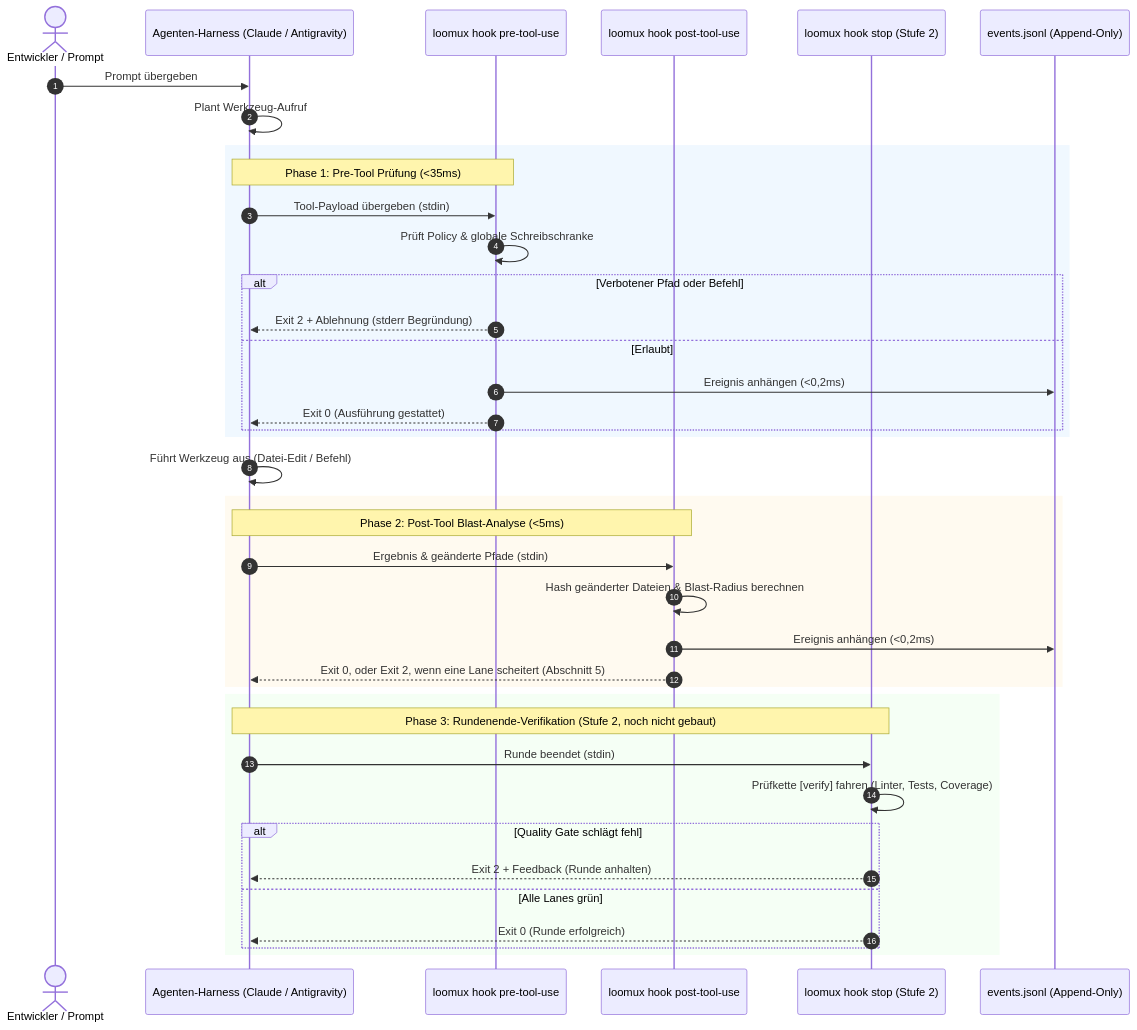
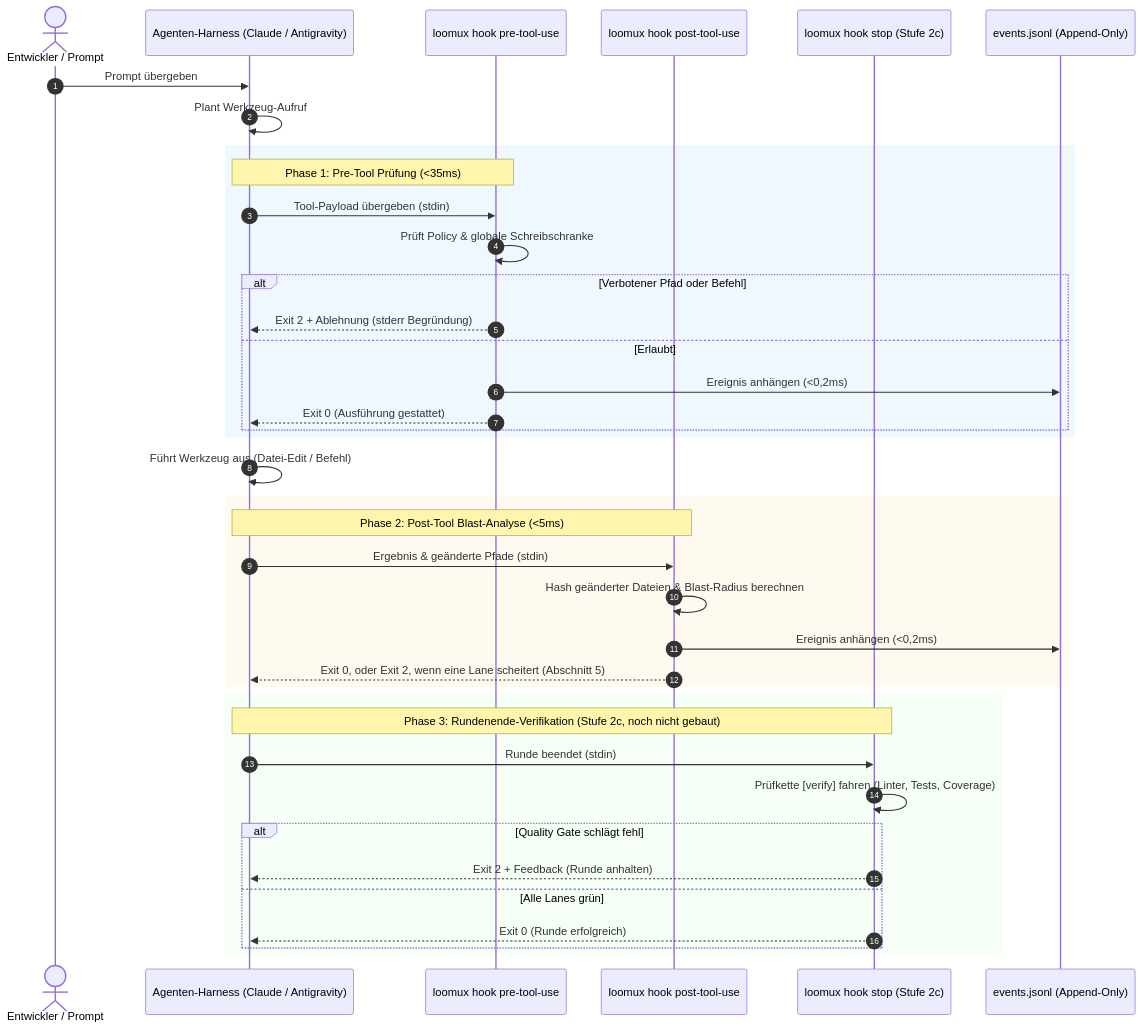
One commit to xidus90/loomux changed the first of 3 diagrams in docs/de/hooks.md. Above: the diagram before and after it, drawn with Mermaid. The commit also changed other lines of this file and 10 other files, not shown here.

````diff
--- a/docs/de/hooks.md
+++ b/docs/de/hooks.md
@@ -11,46 +11,46 @@
 ```mermaid
 sequenceDiagram
     autonumber
     actor Dev as Entwickler / Prompt
     participant Host as Agenten-Harness (Claude / Antigravity)
     participant Pre as loomux hook pre-tool-use
     participant Post as loomux hook post-tool-use
-    participant Stop as loomux hook stop (Stufe 2)
+    participant Stop as loomux hook stop (Stufe 2c)
     participant Journal as events.jsonl (Append-Only)
 
     Dev->>Host: Prompt übergeben
     Host->>Host: Plant Werkzeug-Aufruf
 
     rect rgb(240, 248, 255)
     Note over Host,Pre: Phase 1: Pre-Tool Prüfung (<35ms)
     Host->>Pre: Tool-Payload übergeben (stdin)
     Pre->>Pre: Prüft Policy & globale Schreibschranke
     alt Verbotener Pfad oder Befehl
         Pre-->>Host: Exit 2 + Ablehnung (stderr Begründung)
     else Erlaubt
         Pre->>Journal: Ereignis anhängen (<0,2ms)
         Pre-->>Host: Exit 0 (Ausführung gestattet)
     end
     end
 
     Host->>Host: Führt Werkzeug aus (Datei-Edit / Befehl)
 
     rect rgb(255, 250, 240)
     Note over Host,Post: Phase 2: Post-Tool Blast-Analyse (<5ms)
     Host->>Post: Ergebnis & geänderte Pfade (stdin)
     Post->>Post: Hash geänderter Dateien & Blast-Radius berechnen
     Post->>Journal: Ereignis anhängen (<0,2ms)
     Post-->>Host: Exit 0, oder Exit 2, wenn eine Lane scheitert (Abschnitt 5)
     end
 
     rect rgb(245, 255, 245)
-    Note over Host,Stop: Phase 3: Rundenende-Verifikation (Stufe 2, noch nicht gebaut)
+    Note over Host,Stop: Phase 3: Rundenende-Verifikation (Stufe 2c, noch nicht gebaut)
     Host->>Stop: Runde beendet (stdin)
     Stop->>Stop: Prüfkette [verify] fahren (Linter, Tests, Coverage)
     alt Quality Gate schlägt fehl
         Stop-->>Host: Exit 2 + Feedback (Runde anhalten)
     else Alle Lanes grün
         Stop-->>Host: Exit 0 (Runde erfolgreich)
     end
     end
 ```
````
